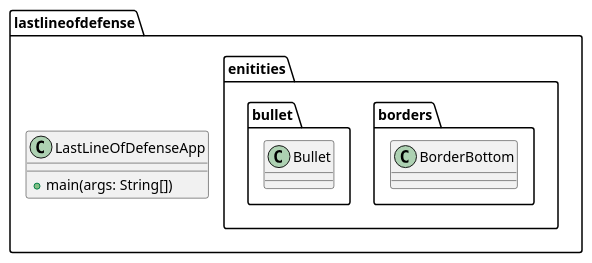
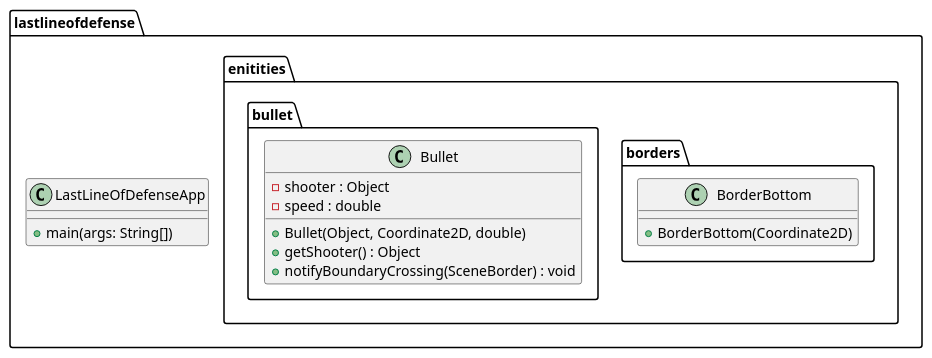
One commit to vermeulendevin/LastLineOfDefense changed the diagram in src/main/java/lastlineofdefense/ClassDiagram.md. Above: the diagram before and after it, drawn with PlantUML.

Commit message:
Changed: class diagram

````diff
--- a/src/main/java/lastlineofdefense/ClassDiagram.md
+++ b/src/main/java/lastlineofdefense/ClassDiagram.md
@@ -1,20 +1,26 @@
 ```plantuml
 @startuml
 package "lastlineofdefense" {
   class "LastLineOfDefenseApp" {
     + main(args: String[])
   }
   package "enitities" {
     package "borders" {
         class "BorderBottom" {
+            + BorderBottom(Coordinate2D)
         }
     }
     package "bullet" {
         class "Bullet" {
+            - shooter : Object
+            - speed : double
             
+            + Bullet(Object, Coordinate2D, double)
+            + getShooter() : Object
+            + notifyBoundaryCrossing(SceneBorder) : void
         }
     }
   }
 }
 @enduml
 ```
````
